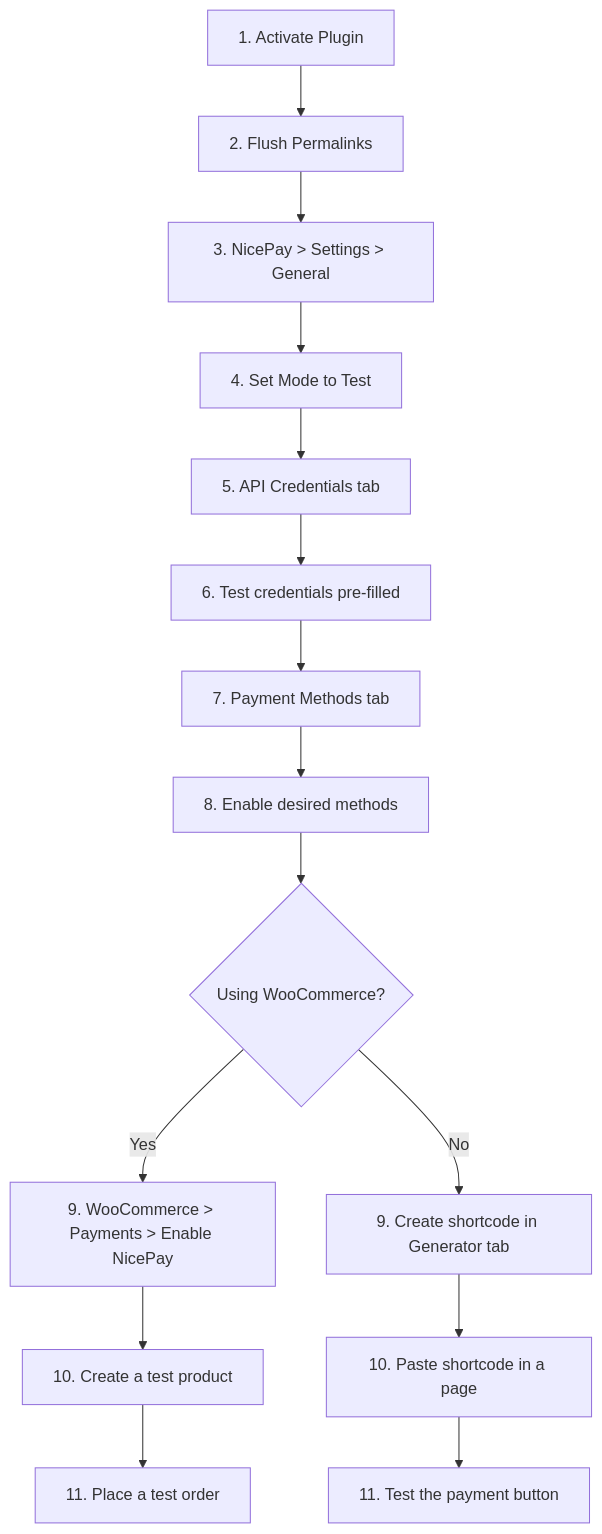
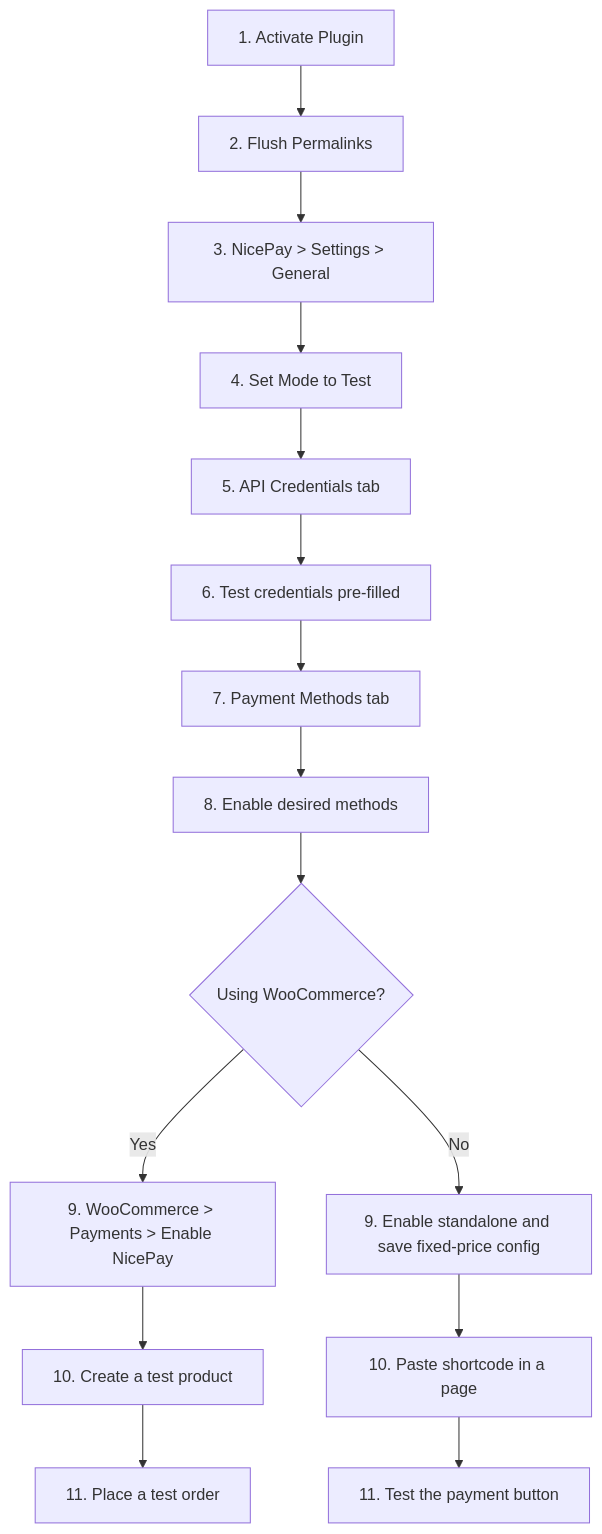
The first of 3 diagrams in docs/USER-GUIDE.md (cemililik/nicepay-paymentgateway-wordpress-plugin), drawn with Mermaid before and after one commit. The commit also changed other lines of this file and 109 other files, not shown here.

````diff
--- a/docs/USER-GUIDE.md
+++ b/docs/USER-GUIDE.md
@@ -70,17 +74,17 @@
 ```mermaid
 flowchart TD
     A[1. Activate Plugin] --> B[2. Flush Permalinks]
     B --> C[3. NicePay > Settings > General]
     C --> D[4. Set Mode to Test]
     D --> E[5. API Credentials tab]
     E --> F[6. Test credentials pre-filled]
     F --> G[7. Payment Methods tab]
     G --> H[8. Enable desired methods]
     H --> I{Using WooCommerce?}
     I -->|Yes| J[9. WooCommerce > Payments > Enable NicePay]
-    I -->|No| K[9. Create shortcode in Generator tab]
+    I -->|No| K[9. Enable standalone and save fixed-price config]
     J --> L[10. Create a test product]
     K --> L2[10. Paste shortcode in a page]
     L --> M[11. Place a test order]
     L2 --> M2[11. Test the payment button]
 ```
````
